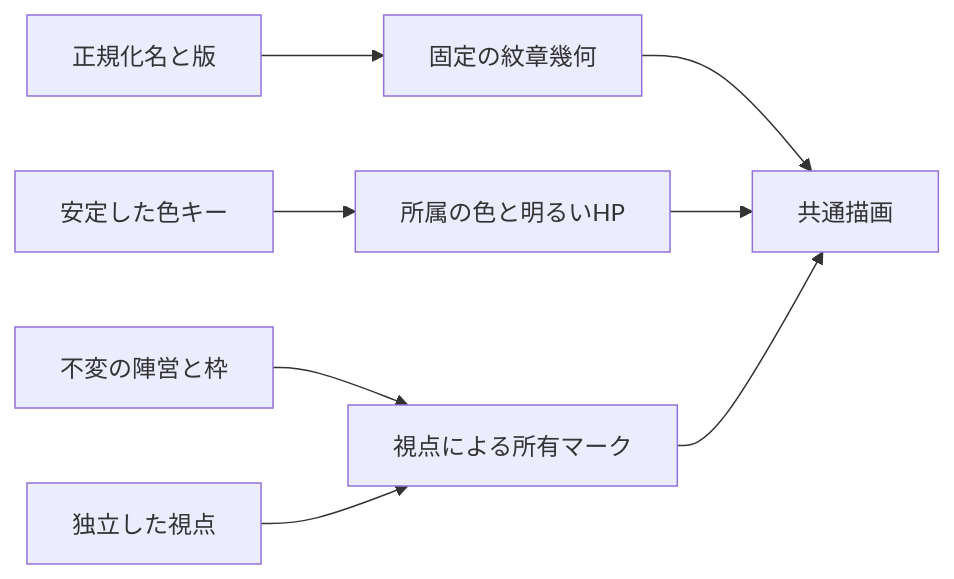
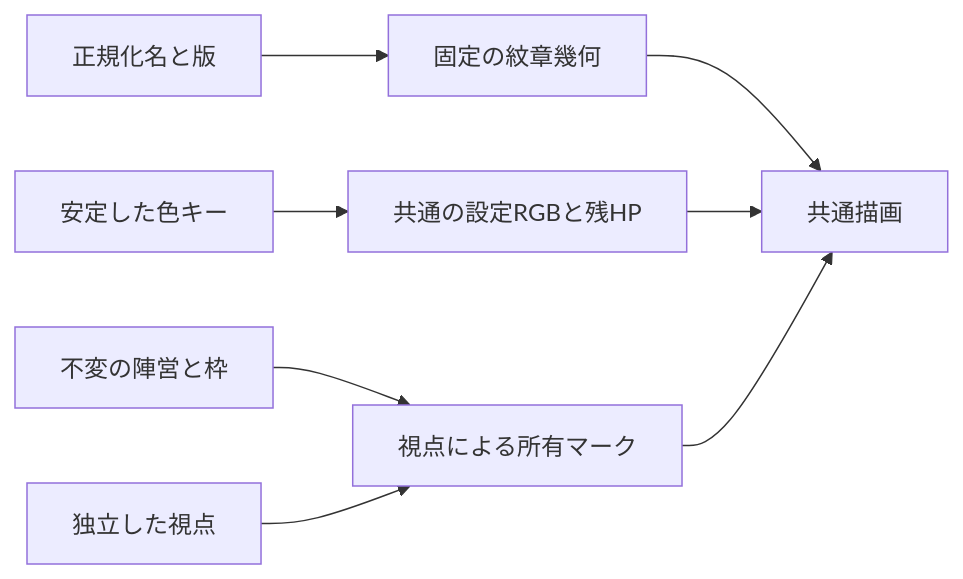
Before and after one commit to Glitch-Sound/phase: the diagram in docs/assembly-v1.md, drawn with Mermaid. The commit also changed other lines of this file and 22 other files, not shown here.

````diff
--- a/docs/assembly-v1.md
+++ b/docs/assembly-v1.md
@@ -106,10 +106,10 @@
 ```mermaid
 flowchart LR
   A["正規化名と版"] --> B["固定の紋章幾何"]
-  C["安定した色キー"] --> D["所属の色と明るいHP"]
+  C["安定した色キー"] --> D["共通の設定RGBと残HP"]
   E["不変の陣営と枠"] --> F["視点による所有マーク"]
   G["独立した視点"] --> F
   B --> H["共通描画"]
   D --> H
   F --> H
 ```
````
